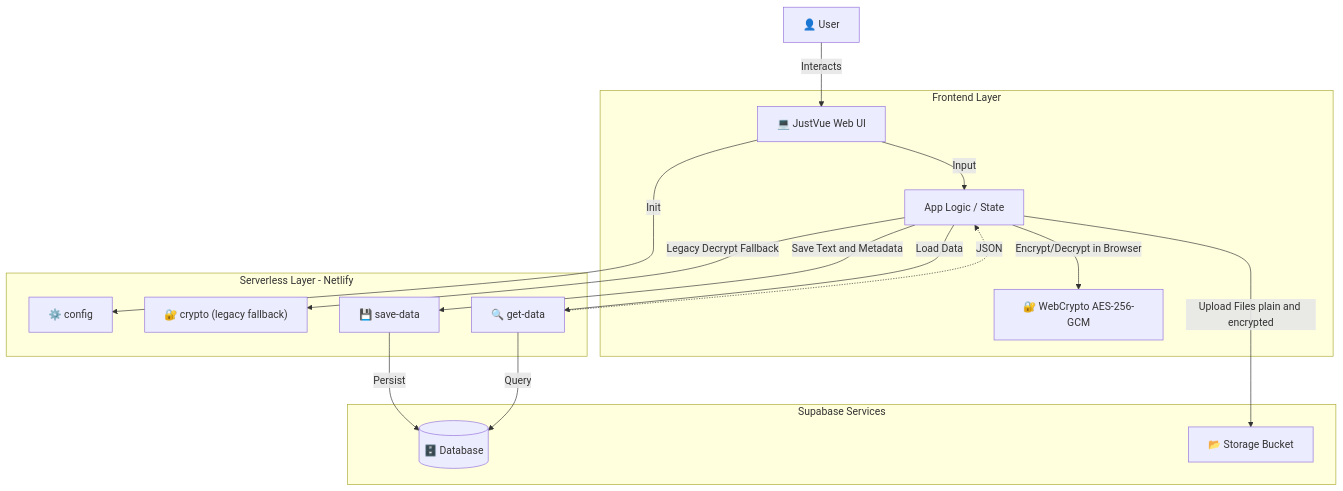
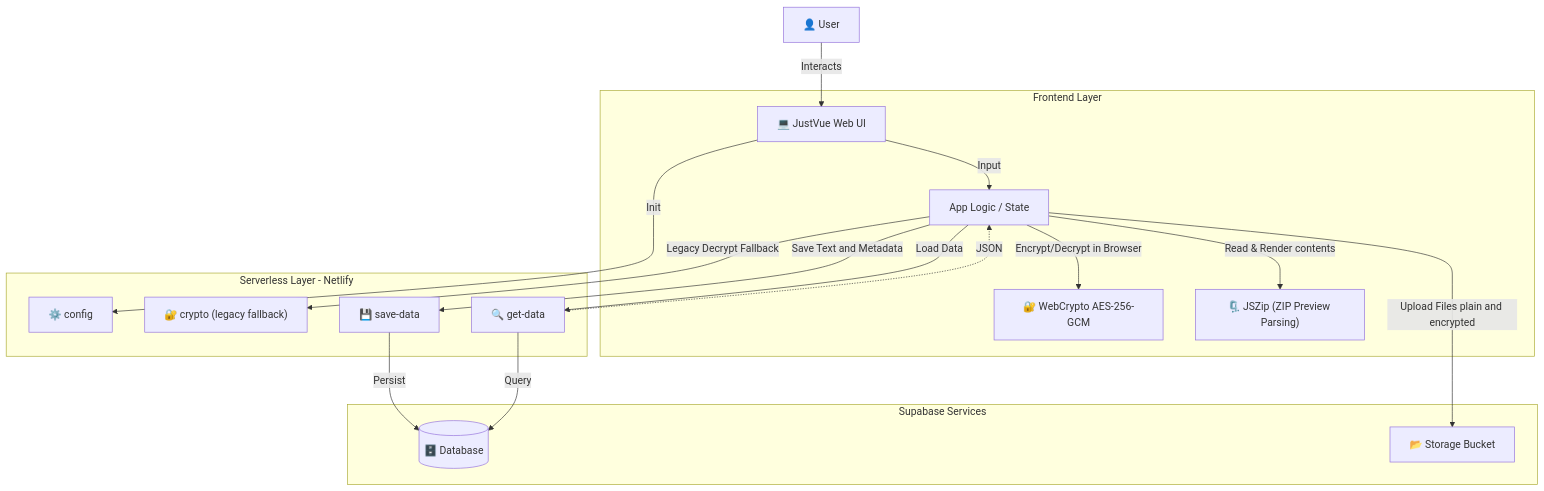
Before and after one commit to Surventurer/JustVue: the diagram in README.md, drawn with Mermaid. The commit also changed other lines of this file and 4 other files, not shown here.

Commit message:
feat: implement 50MB file size limit and add JSZip for ZIP directory previews

````diff
--- a/README.md
+++ b/README.md
@@ -54,37 +54,39 @@
 ```mermaid
 flowchart TD
     User["👤 User"] -->|Interacts| UI["💻 JustVue Web UI"]
     
     subgraph Frontend ["Frontend Layer"]
         UI
         Logic["App Logic / State"]
         Crypto["🔐 WebCrypto AES-256-GCM"]
+        Zipping["🗜️ JSZip (ZIP Preview Parsing)"]
     end
     
     subgraph Backend ["Serverless Layer - Netlify"]
         Config["⚙️ config"]
         ServerCrypto["🔐 crypto (legacy fallback)"]
         Save["💾 save-data"]
         Get["🔍 get-data"]
     end
     
     subgraph Database ["Supabase Services"]
         DB[("🗄️ Database")]
         Storage["📂 Storage Bucket"]
     end
     
     UI -->|Init| Config
     UI -->|Input| Logic
     
     Logic -->|Encrypt/Decrypt in Browser| Crypto
+    Logic -->|Read & Render contents| Zipping
     Logic -->|Upload Files plain and encrypted| Storage
     Logic -->|Save Text and Metadata| Save
     
     Logic -->|Legacy Decrypt Fallback| ServerCrypto
     
     Save -->|Persist| DB
     Get -->|Query| DB
     
     Logic -->|Load Data| Get
     Get -.->|JSON| Logic
 ```
````
